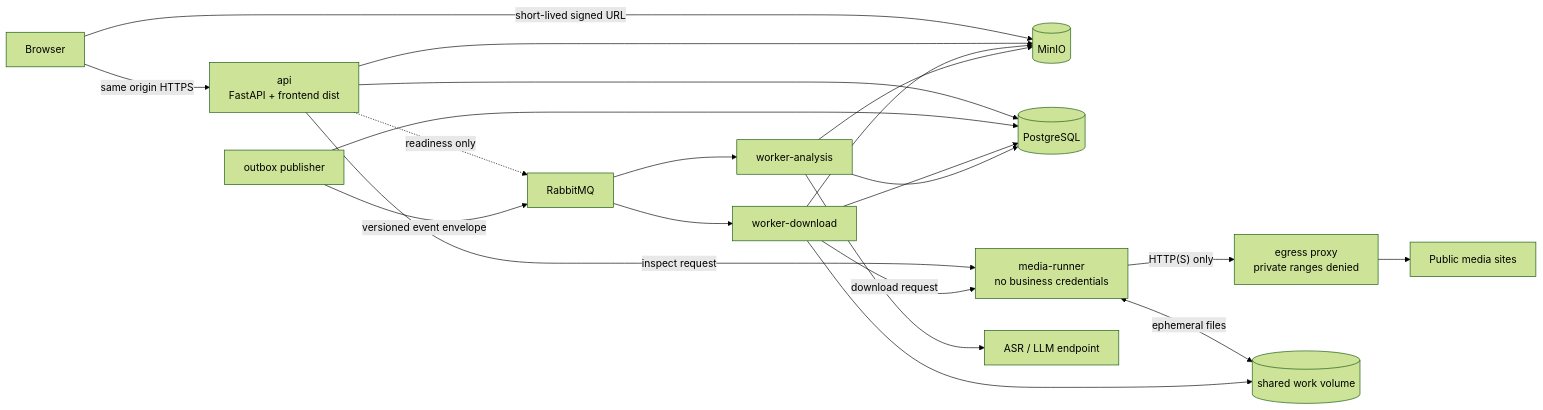
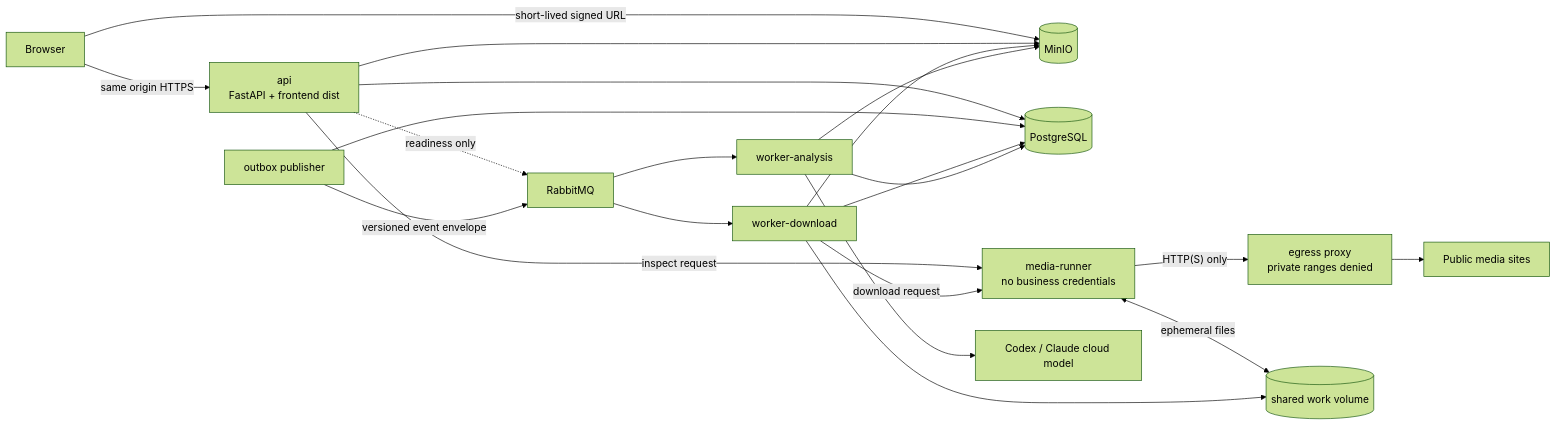
Before and after one commit to StephenQiu30/video-server: the diagram in docs/design/001-server单仓与运行时架构设计.md, drawn with Mermaid (forest theme). The commit also changed other lines of this file and 28 other files, not shown here.

````diff
--- a/docs/design/001-server单仓与运行时架构设计.md
+++ b/docs/design/001-server单仓与运行时架构设计.md
@@ -41,26 +41,26 @@
 ```mermaid
 flowchart LR
     B["Browser"] -->|"same origin HTTPS"| API["api\nFastAPI + frontend dist"]
     B -->|"short-lived signed URL"| OBJ[("MinIO")]
     API --> DB[("PostgreSQL")]
     API --> OBJ
     API -.->|"readiness only"| MQ["RabbitMQ"]
     API -->|"inspect request"| RUNNER["media-runner\nno business credentials"]
 
     OP["outbox publisher"] --> DB
     OP -->|"versioned event envelope"| MQ
 
     DW["worker-download"] --> DB
     MQ --> DW
     DW --> OBJ
     DW -->|"download request"| RUNNER
     RUNNER -->|"HTTP(S) only"| PROXY["egress proxy\nprivate ranges denied"]
     PROXY --> NET["Public media sites"]
     RUNNER <-->|"ephemeral files"| WORK[("shared work volume")]
     DW --> WORK
 
     AW["worker-analysis"] --> DB
     MQ --> AW
     AW --> OBJ
-    AW --> MODEL["ASR / LLM endpoint"]
+    AW --> MODEL["Codex / Claude cloud model"]
 ```
````
